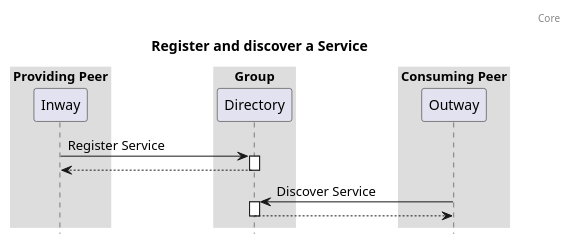
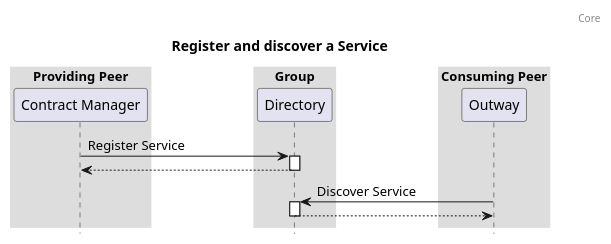
One commit to Logius-standaarden/fsc-core changed the diagram in diagrams/seq-service-discovery.puml. Above: the diagram before and after it, drawn with PlantUML. The commit also changed 1 other file, not shown here.

```diff
--- a/diagrams/seq-service-discovery.puml
+++ b/diagrams/seq-service-discovery.puml
@@ -1,23 +1,23 @@
 @startuml
 
 header: Core
 title: Register and discover a Service
 
 box "Providing Peer"
-  participant "Inway" as inway
+  participant "Contract Manager" as contractManager
 end box
 box "Group"
   participant "Directory" as directory
 end box
 box "Consuming Peer"
   participant "Outway" as outway
 end box
-inway -> directory ++ : Register Service
+contractManager -> directory ++ : Register Service
 return
 outway -> directory ++ : Discover Service
 return
 
 skinparam sequenceBoxBorderColor #transparent
 skinparam boxPadding 50
 hide footbox
 @enduml
```
